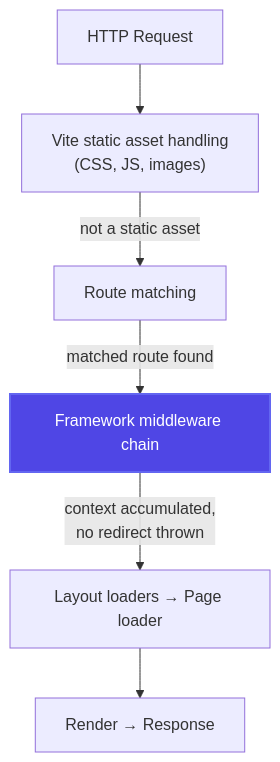
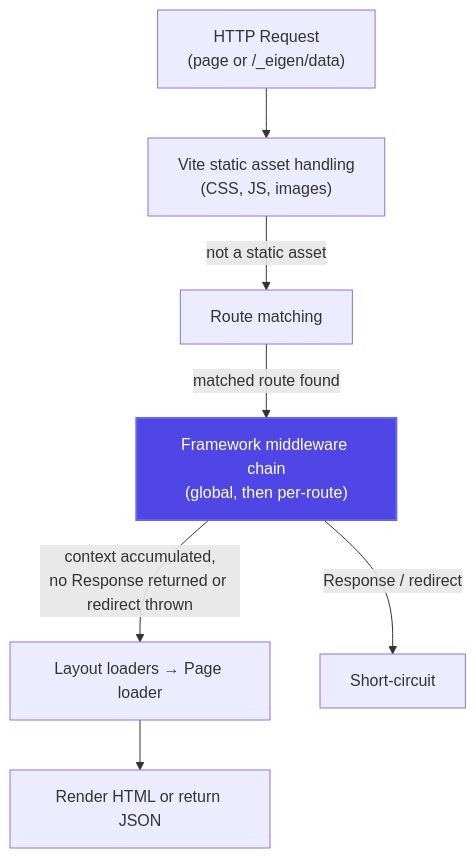
The diagram in apps/tutorial/src/content/14-framework-middleware.mdx (adamhake/eigen), drawn with Mermaid before and after one commit. The commit also changed other lines of this file and 42 other files, not shown here.

````diff
--- a/apps/tutorial/src/content/14-framework-middleware.mdx
+++ b/apps/tutorial/src/content/14-framework-middleware.mdx
@@ -22,10 +21,11 @@
 ```mermaid
 flowchart TD
-    A["HTTP Request"] --> B["Vite static asset handling\n(CSS, JS, images)"]
+    A["HTTP Request\n(page or /_eigen/data)"] --> B["Vite static asset handling\n(CSS, JS, images)"]
     B -->|"not a static asset"| C["Route matching"]
-    C -->|"matched route found"| D["Framework middleware chain"]
-    D -->|"context accumulated,\nno redirect thrown"| E["Layout loaders → Page loader"]
-    E --> F["Render → Response"]
+    C -->|"matched route found"| D["Framework middleware chain\n(global, then per-route)"]
+    D -->|"context accumulated,\nno Response returned or redirect thrown"| E["Layout loaders → Page loader"]
+    E --> F["Render HTML or return JSON"]
+    D -->|"Response / redirect"| G["Short-circuit"]
 
     style D fill:#4f46e5,color:#fff,stroke:#6366f1,stroke-width:2px
 ```
````
